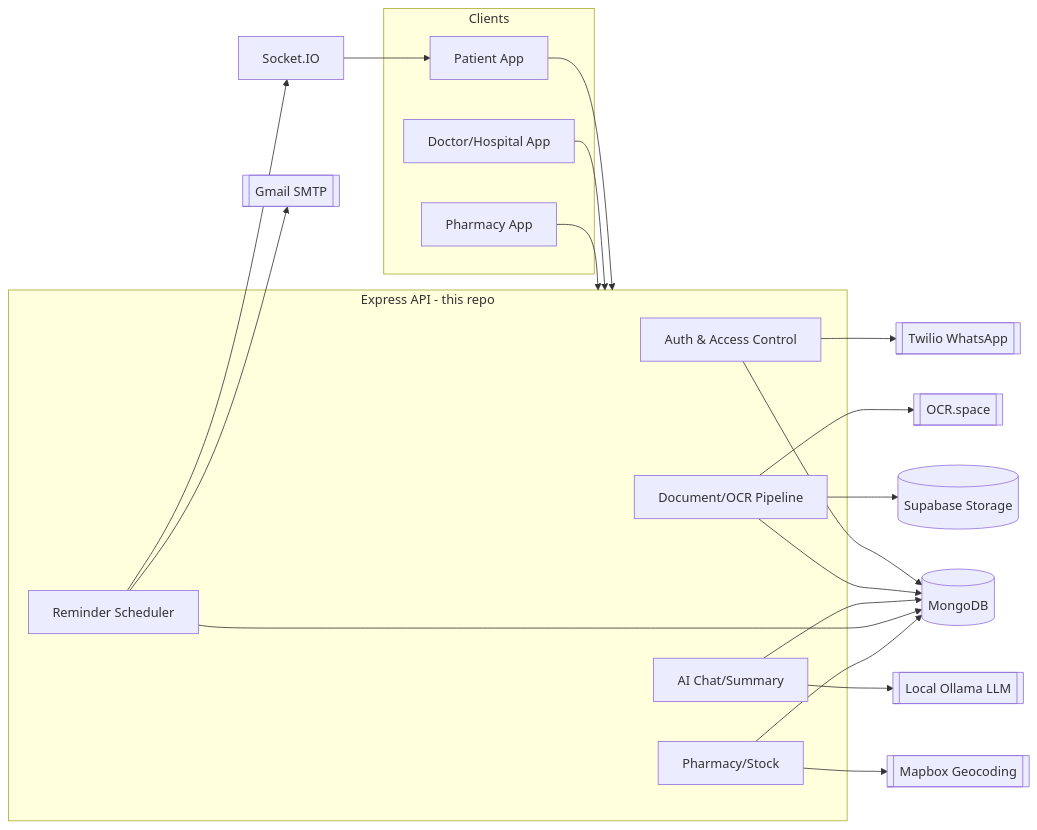
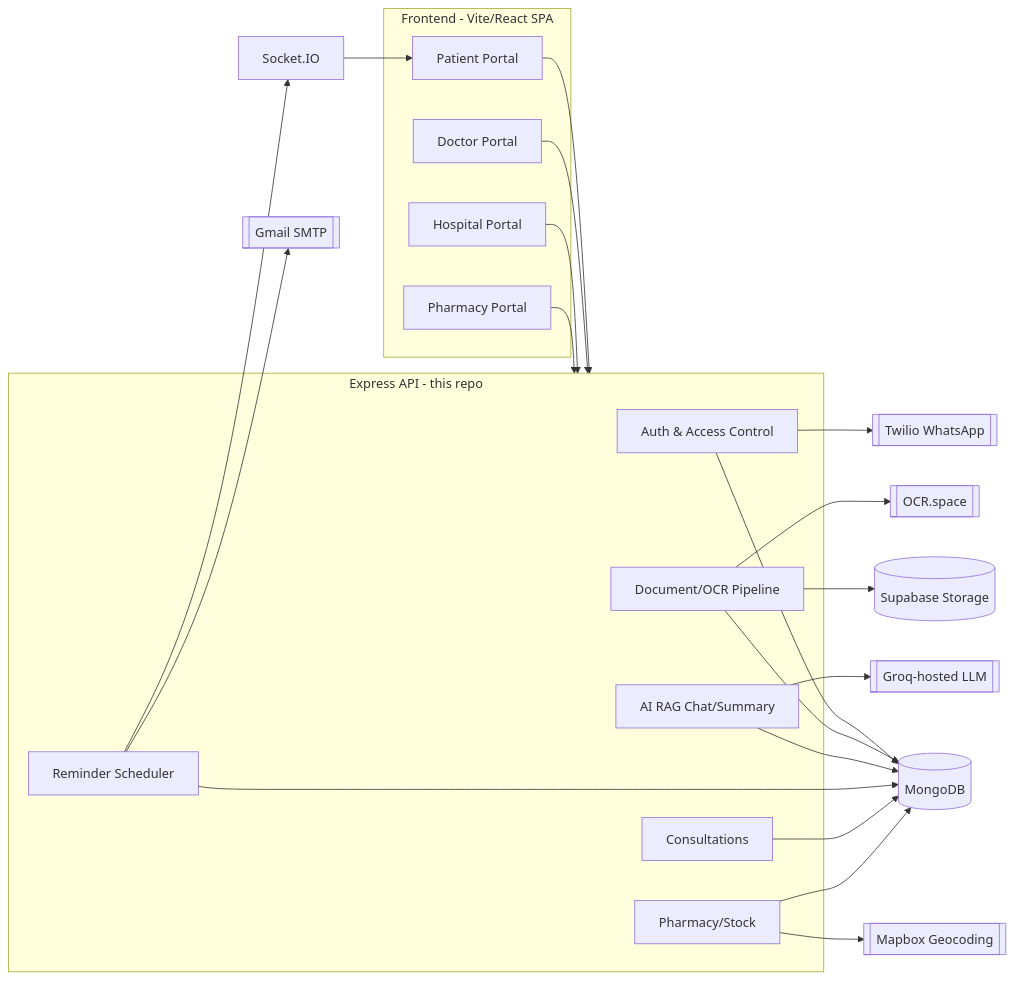
One commit to mayurkumarg/HealSync changed the first of 2 diagrams in ARCHITECTURE.md. Above: the diagram before and after it, drawn with Mermaid. The commit also changed other lines of this file and 169 other files, not shown here.

````diff
--- a/ARCHITECTURE.md
+++ b/ARCHITECTURE.md
@@ -40,39 +58,42 @@
 ```mermaid
 flowchart LR
-    subgraph Clients
-        P[Patient App]
-        D[Doctor/Hospital App]
-        Ph[Pharmacy App]
+    subgraph Clients[Frontend - Vite/React SPA]
+        P[Patient Portal]
+        D[Doctor Portal]
+        H[Hospital Portal]
+        Ph[Pharmacy Portal]
     end
 
     subgraph Backend[Express API - this repo]
         Auth[Auth & Access Control]
         Docs[Document/OCR Pipeline]
-        AI[AI Chat/Summary]
+        AI[AI RAG Chat/Summary]
         Rem[Reminder Scheduler]
+        Cons[Consultations]
         Pharm[Pharmacy/Stock]
     end
 
     Mongo[(MongoDB)]
     Supa[(Supabase Storage)]
-    Ollama[[Local Ollama LLM]]
+    Groq[[Groq-hosted LLM]]
     OCR[[OCR.space]]
     Mapbox[[Mapbox Geocoding]]
     Twilio[[Twilio WhatsApp]]
     Gmail[[Gmail SMTP]]
     Socket[Socket.IO]
 
-    P & D & Ph --> Backend
+    P & D & H & Ph --> Backend
     Auth --> Mongo
     Docs --> Mongo
     Docs --> Supa
     Docs --> OCR
-    AI --> Ollama
+    AI --> Groq
     AI --> Mongo
     Rem --> Mongo
     Rem --> Socket --> P
     Rem --> Gmail
+    Cons --> Mongo
     Auth --> Twilio
     Pharm --> Mongo
     Pharm --> Mapbox
 ```
````
